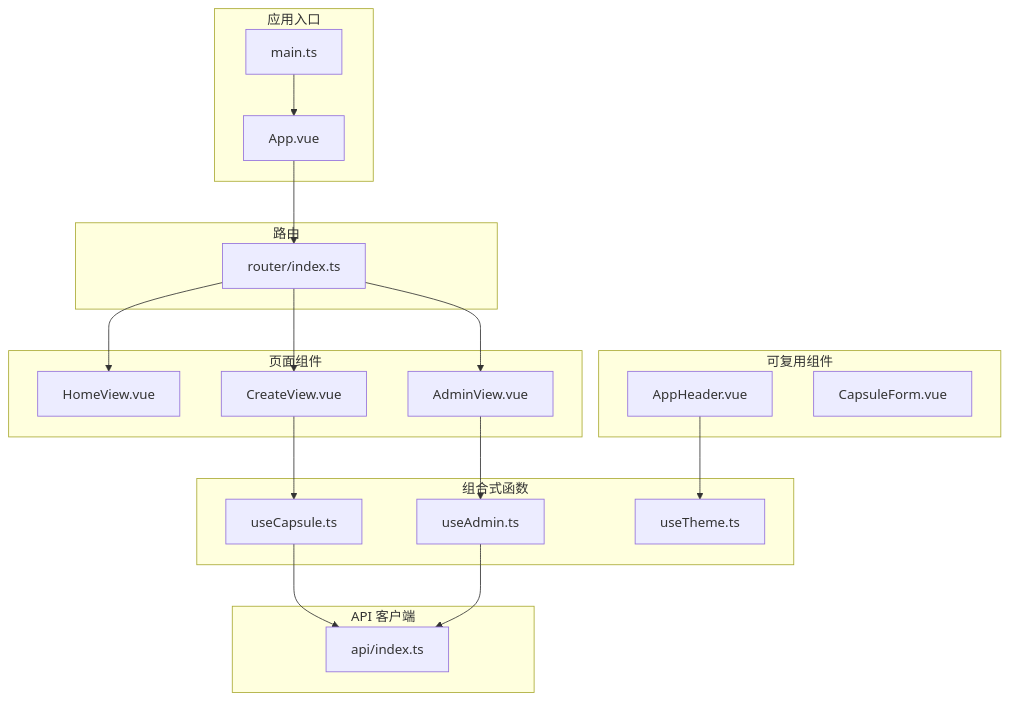
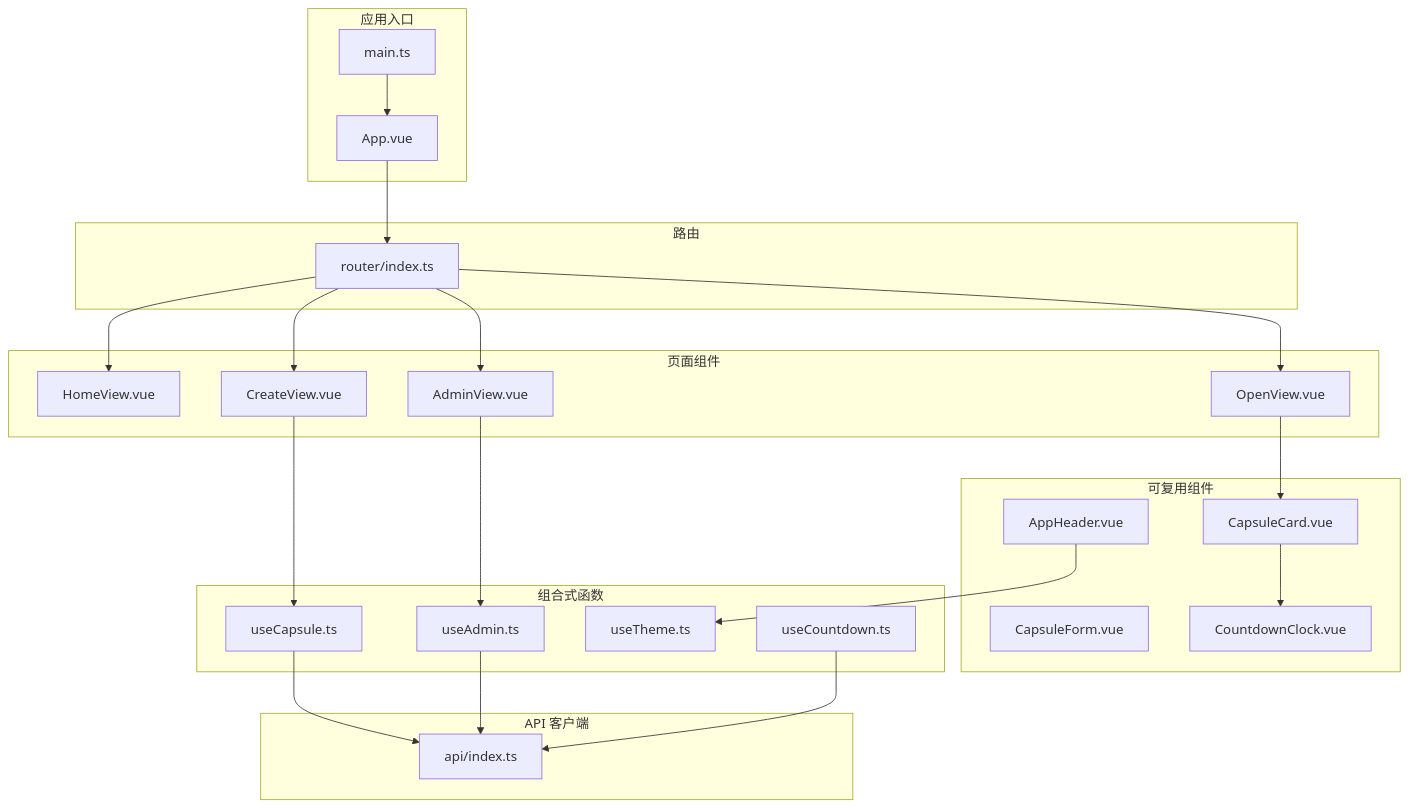
The first of 12 diagrams in .qoder/repowiki/zh/content/前端实现详解/Vue 3 实现/Vue 3 实现.md (alexy2008/TimeCapsule), drawn with Mermaid before and after one commit. The commit also changed other lines of this file and 22 other files, not shown here.

````diff
--- a/.qoder/repowiki/zh/content/前端实现详解/Vue 3 实现/Vue 3 实现.md
+++ b/.qoder/repowiki/zh/content/前端实现详解/Vue 3 实现/Vue 3 实现.md
@@ -48,37 +52,45 @@
 ```mermaid
 graph TB
 subgraph "应用入口"
 M["main.ts"]
 A["App.vue"]
 end
 subgraph "路由"
 R["router/index.ts"]
 end
 subgraph "API 客户端"
 API["api/index.ts"]
 end
 subgraph "组合式函数"
 UC["useCapsule.ts"]
 UA["useAdmin.ts"]
 UT["useTheme.ts"]
+UTC["useCountdown.ts"]
 end
 subgraph "页面组件"
 HV["HomeView.vue"]
 CV["CreateView.vue"]
 AV["AdminView.vue"]
+OV["OpenView.vue"]
 end
 subgraph "可复用组件"
 AH["AppHeader.vue"]
 CF["CapsuleForm.vue"]
+CC["CapsuleCard.vue"]
+CDC["CountdownClock.vue"]
 end
 M --> A
 A --> R
 R --> HV
 R --> CV
 R --> AV
+R --> OV
 CV --> UC
 AV --> UA
+OV --> CC
+CC --> CDC
 AH --> UT
 UC --> API
 UA --> API
+UTC --> API
 ```
````
